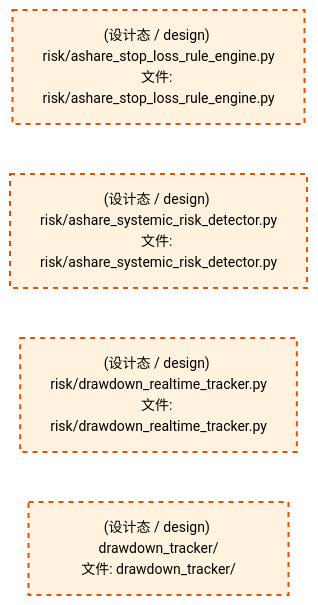
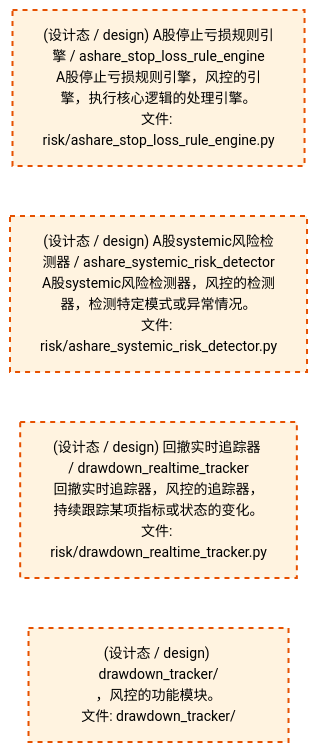
The third of 4 diagrams in docs/02_enterprise_architecture/02_domain_architecture_docs/65_d_risk.md (xuanFelixVan/ZephyrAlpha), drawn with Mermaid before and after one commit. The commit also changed other lines of this file and 60 other files, not shown here.

````diff
--- a/docs/02_enterprise_architecture/02_domain_architecture_docs/65_d_risk.md
+++ b/docs/02_enterprise_architecture/02_domain_architecture_docs/65_d_risk.md
@@ -181,16 +181,16 @@
 ```mermaid
 %%{init: {'theme': 'base', 'themeVariables': {'primaryColor': '#eaeaea', 'primaryTextColor': '#333333', 'primaryBorderColor': '#666666', 'lineColor': '#666666', 'secondaryColor': '#eaeaea', 'tertiaryColor': '#eaeaea', 'fontSize': '14px'}}}%%
 flowchart TD
-    src_zephyr_risk_ashare_stop_loss_rule_engine_py["(设计态 / design) risk/ashare_stop_loss_rule_engine.py<br/>文件: risk/ashare_stop_loss_rule_engine.py"]
-    src_zephyr_risk_ashare_systemic_risk_detector_py["(设计态 / design) risk/ashare_systemic_risk_detector.py<br/>文件: risk/ashare_systemic_risk_detector.py"]
-    src_zephyr_risk_drawdown_realtime_tracker_py["(设计态 / design) risk/drawdown_realtime_tracker.py<br/>文件: risk/drawdown_realtime_tracker.py"]
-    src_zephyr_risk_drawdown_tracker["(设计态 / design) drawdown_tracker/<br/>文件: drawdown_tracker/"]
+    src_zephyr_risk_ashare_stop_loss_rule_engine_py["(设计态 / design) A股停止亏损规则引擎 / ashare_stop_loss_rule_engine<br/>A股停止亏损规则引擎，风控的引擎，执行核心逻辑的处理引擎。<br/>文件: risk/ashare_stop_loss_rule_engine.py"]
+    src_zephyr_risk_ashare_systemic_risk_detector_py["(设计态 / design) A股systemic风险检测器 / ashare_systemic_risk_detector<br/>A股systemic风险检测器，风控的检测器，检测特定模式或异常情况。<br/>文件: risk/ashare_systemic_risk_detector.py"]
+    src_zephyr_risk_drawdown_realtime_tracker_py["(设计态 / design) 回撤实时追踪器 / drawdown_realtime_tracker<br/>回撤实时追踪器，风控的追踪器，持续跟踪某项指标或状态的变化。<br/>文件: risk/drawdown_realtime_tracker.py"]
+    src_zephyr_risk_drawdown_tracker["(设计态 / design) drawdown_tracker/<br/>，风控的功能模块。<br/>文件: drawdown_tracker/"]
     src_zephyr_risk_ashare_stop_loss_rule_engine_py ~~~ src_zephyr_risk_ashare_systemic_risk_detector_py
     src_zephyr_risk_ashare_systemic_risk_detector_py ~~~ src_zephyr_risk_drawdown_realtime_tracker_py
     src_zephyr_risk_drawdown_realtime_tracker_py ~~~ src_zephyr_risk_drawdown_tracker
     classDef production fill:#e1f5fe,stroke:#01579b,stroke-width:2px,color:#000
     classDef design fill:#fff3e0,stroke:#e65100,stroke-width:2px,color:#000,stroke-dasharray: 5 5
     classDef external_prod fill:#e8f4fd,stroke:#0277bd,stroke-width:1px,color:#000
     classDef external_design fill:#fff8e7,stroke:#ef6c00,stroke-width:1px,color:#000,stroke-dasharray: 5 5
     class src_zephyr_risk_ashare_stop_loss_rule_engine_py,src_zephyr_risk_ashare_systemic_risk_detector_py,src_zephyr_risk_drawdown_realtime_tracker_py,src_zephyr_risk_drawdown_tracker design
 ```
````
